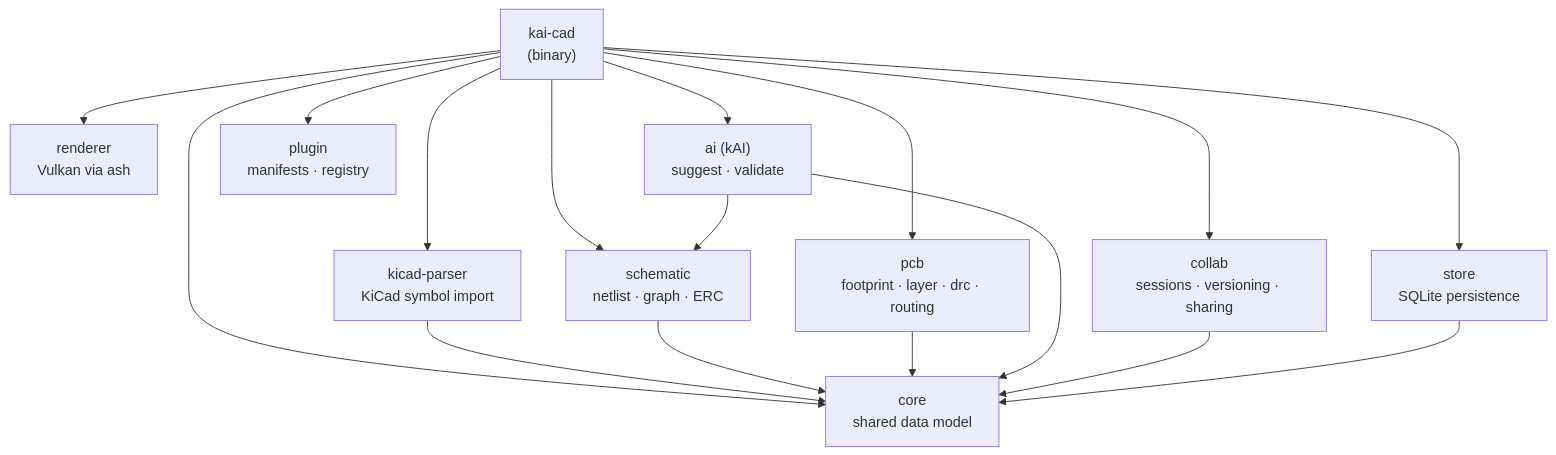
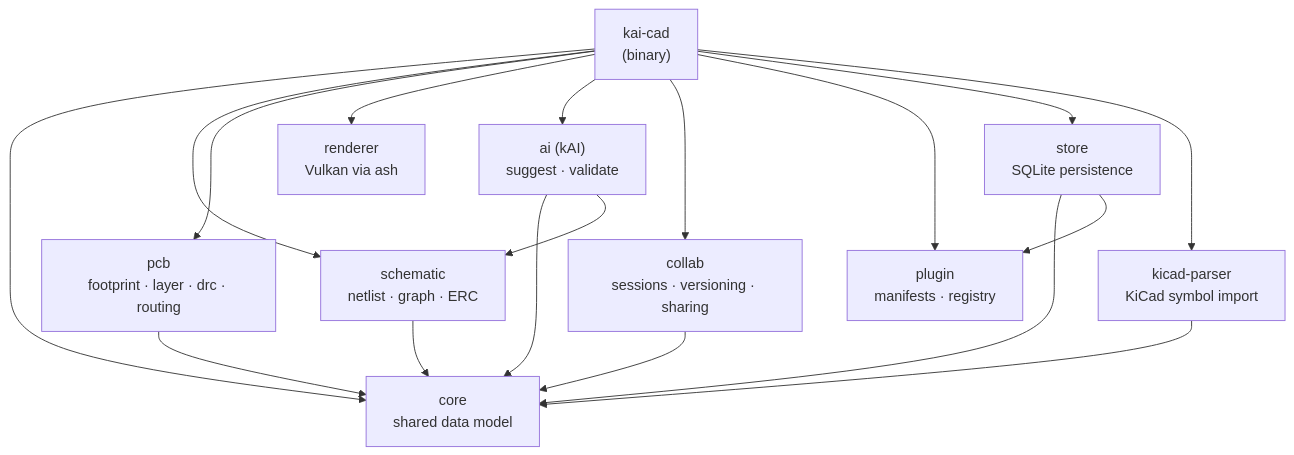
The first of 3 diagrams in docs/ARCHITECTURE.md (sneakylizard123-4/KaiCad), drawn with Mermaid before and after one commit. The commit also changed other lines of this file and 16 other files, not shown here.

````diff
--- a/docs/ARCHITECTURE.md
+++ b/docs/ARCHITECTURE.md
@@ -23,31 +24,32 @@
 ```mermaid
 graph TD
     app["kai-cad<br/>(binary)"]
     core["core<br/>shared data model"]
     schematic["schematic<br/>netlist · graph · ERC"]
     pcb["pcb<br/>footprint · layer · drc · routing"]
     renderer["renderer<br/>Vulkan via ash"]
     ai["ai (kAI)<br/>suggest · validate"]
     collab["collab<br/>sessions · versioning · sharing"]
     plugin["plugin<br/>manifests · registry"]
     store["store<br/>SQLite persistence"]
     kicad_parser["kicad-parser<br/>KiCad symbol import"]
 
     app --> core
     app --> schematic
     app --> pcb
     app --> renderer
     app --> ai
     app --> collab
     app --> plugin
     app --> store
     app --> kicad_parser
 
     kicad_parser --> core
     schematic --> core
     pcb --> core
     ai --> core
     ai --> schematic
     collab --> core
     store --> core
+    store --> plugin
 ```
````
